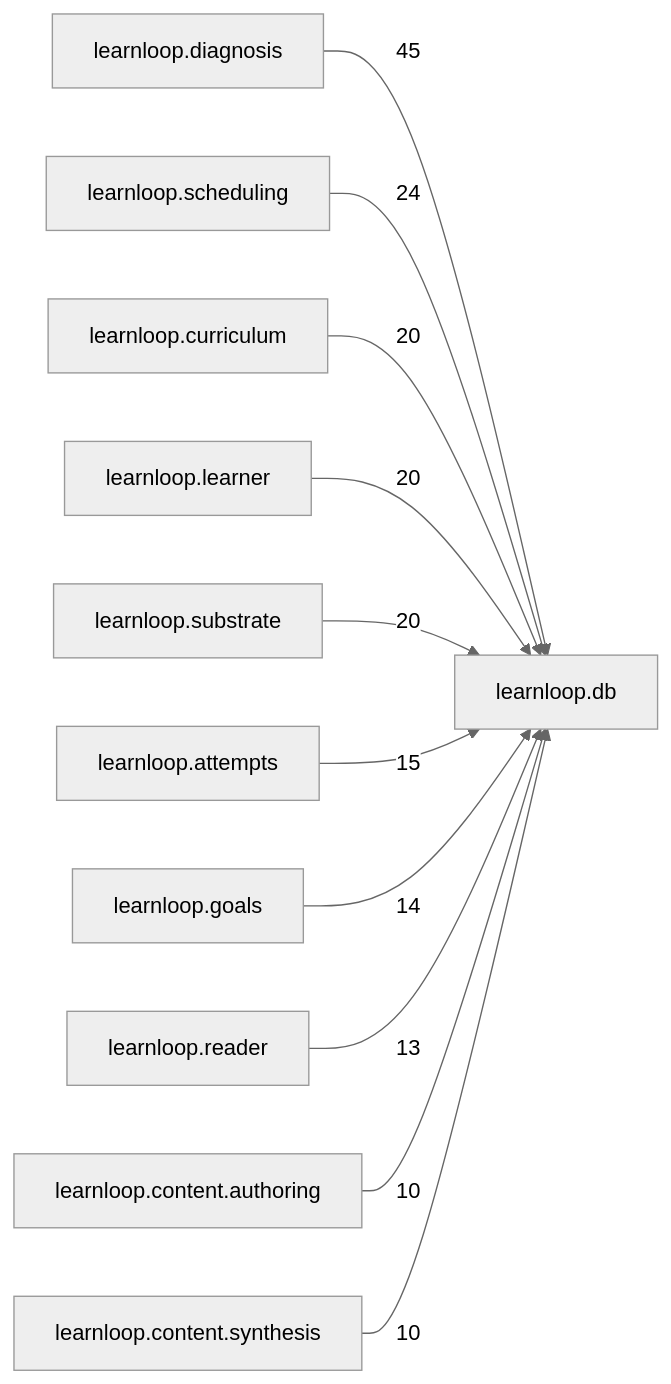
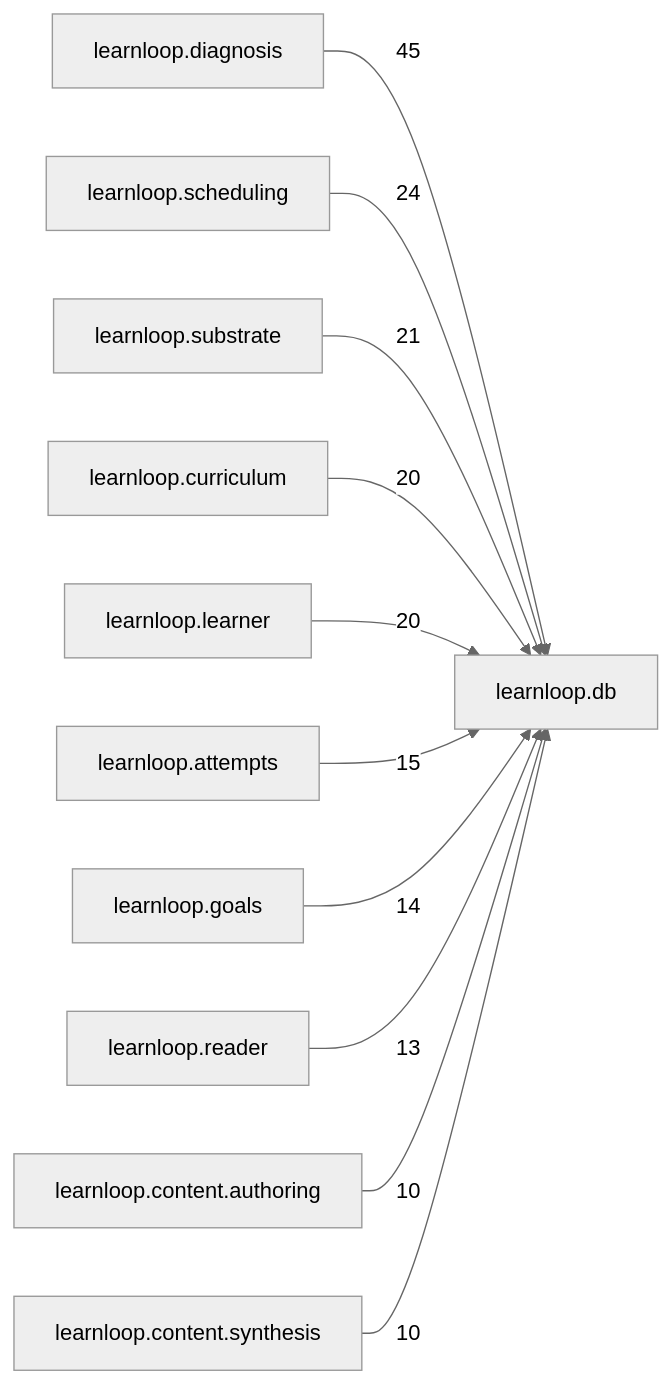
Before and after one commit to 6up-b/learnanything: the diagram in docs/learnloop-architecture-vault/Reference/Modules/learnloop/db/_package.md, drawn with Mermaid (neutral theme). The commit also changed other lines of this file and 293 other files, not shown here.

````diff
--- a/docs/learnloop-architecture-vault/Reference/Modules/learnloop/db/_package.md
+++ b/docs/learnloop-architecture-vault/Reference/Modules/learnloop/db/_package.md
@@ -112,24 +112,24 @@
 ```mermaid
 flowchart LR
     center["learnloop.db"]
     n_learnloop_diagnosis["learnloop.diagnosis"]
     n_learnloop_scheduling["learnloop.scheduling"]
+    n_learnloop_substrate["learnloop.substrate"]
     n_learnloop_curriculum["learnloop.curriculum"]
     n_learnloop_learner["learnloop.learner"]
-    n_learnloop_substrate["learnloop.substrate"]
     n_learnloop_attempts["learnloop.attempts"]
     n_learnloop_goals["learnloop.goals"]
     n_learnloop_reader["learnloop.reader"]
     n_learnloop_content_authoring["learnloop.content.authoring"]
     n_learnloop_content_synthesis["learnloop.content.synthesis"]
     n_learnloop_diagnosis -->|45| center
     n_learnloop_scheduling -->|24| center
+    n_learnloop_substrate -->|21| center
     n_learnloop_curriculum -->|20| center
     n_learnloop_learner -->|20| center
-    n_learnloop_substrate -->|20| center
     n_learnloop_attempts -->|15| center
     n_learnloop_goals -->|14| center
     n_learnloop_reader -->|13| center
     n_learnloop_content_authoring -->|10| center
     n_learnloop_content_synthesis -->|10| center
 ```
````
